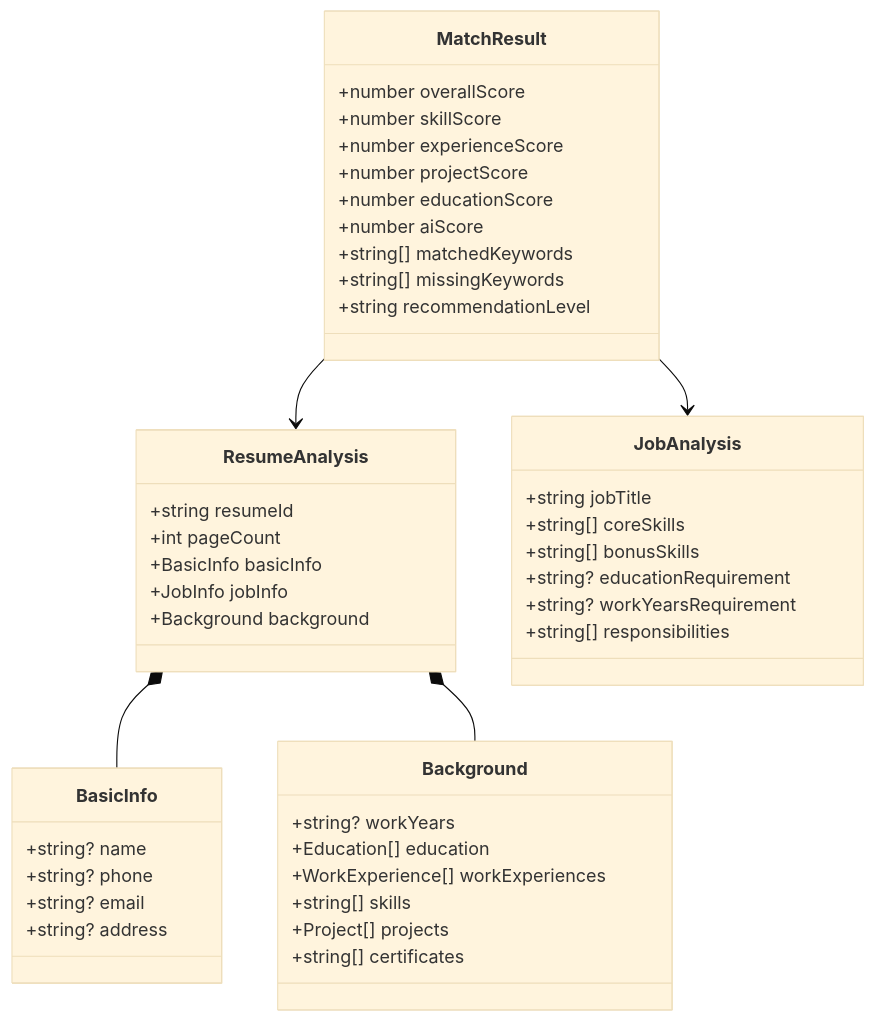
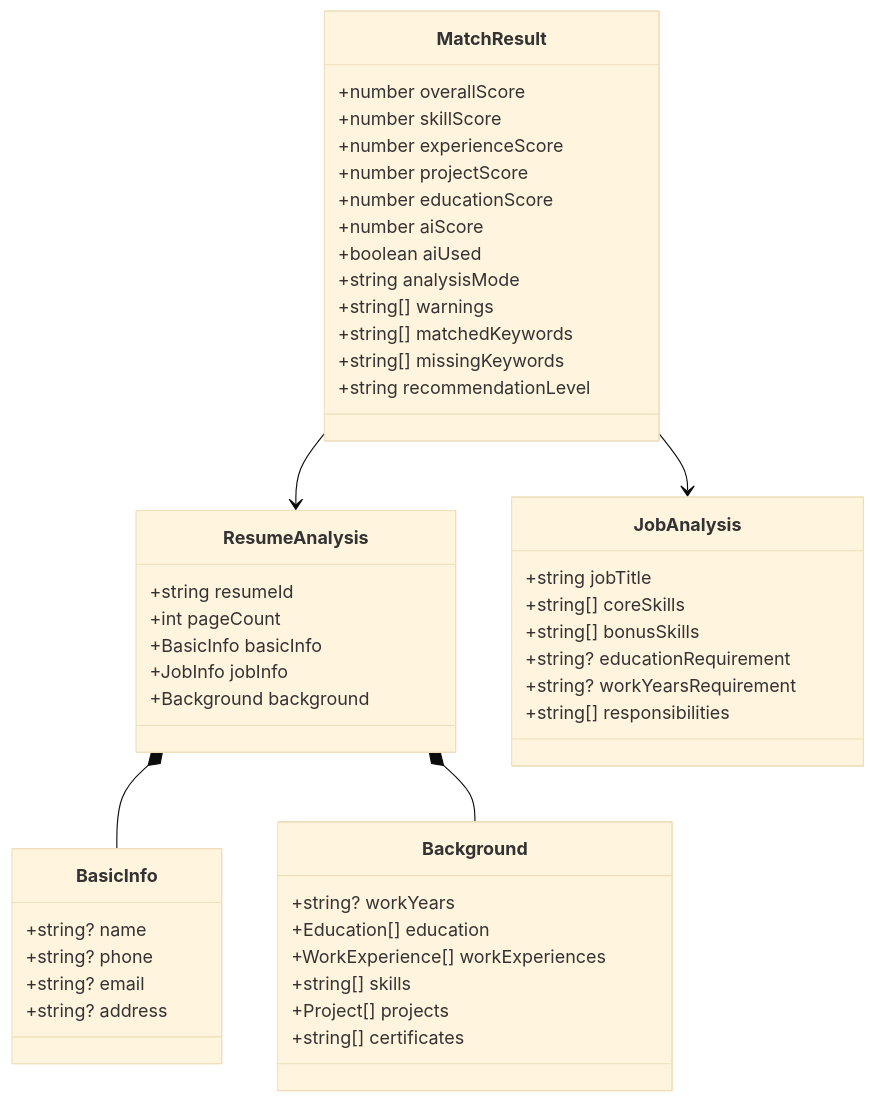
Before and after one commit to ZYZ666-RGB/ai-resume-analyzer: the third of 5 diagrams in docs/architecture.md, drawn with Mermaid (base theme). The commit also changed other lines of this file and 41 other files, not shown here.

````diff
--- a/docs/architecture.md
+++ b/docs/architecture.md
@@ -120,47 +120,50 @@
 ```mermaid
 classDiagram
     class ResumeAnalysis {
       +string resumeId
       +int pageCount
       +BasicInfo basicInfo
       +JobInfo jobInfo
       +Background background
     }
     class BasicInfo {
       +string? name
       +string? phone
       +string? email
       +string? address
     }
     class Background {
       +string? workYears
       +Education[] education
       +WorkExperience[] workExperiences
       +string[] skills
       +Project[] projects
       +string[] certificates
     }
     class JobAnalysis {
       +string jobTitle
       +string[] coreSkills
       +string[] bonusSkills
       +string? educationRequirement
       +string? workYearsRequirement
       +string[] responsibilities
     }
     class MatchResult {
       +number overallScore
       +number skillScore
       +number experienceScore
       +number projectScore
       +number educationScore
       +number aiScore
+      +boolean aiUsed
+      +string analysisMode
+      +string[] warnings
       +string[] matchedKeywords
       +string[] missingKeywords
       +string recommendationLevel
     }
     ResumeAnalysis *-- BasicInfo
     ResumeAnalysis *-- Background
     MatchResult --> ResumeAnalysis
     MatchResult --> JobAnalysis
 ```
````
